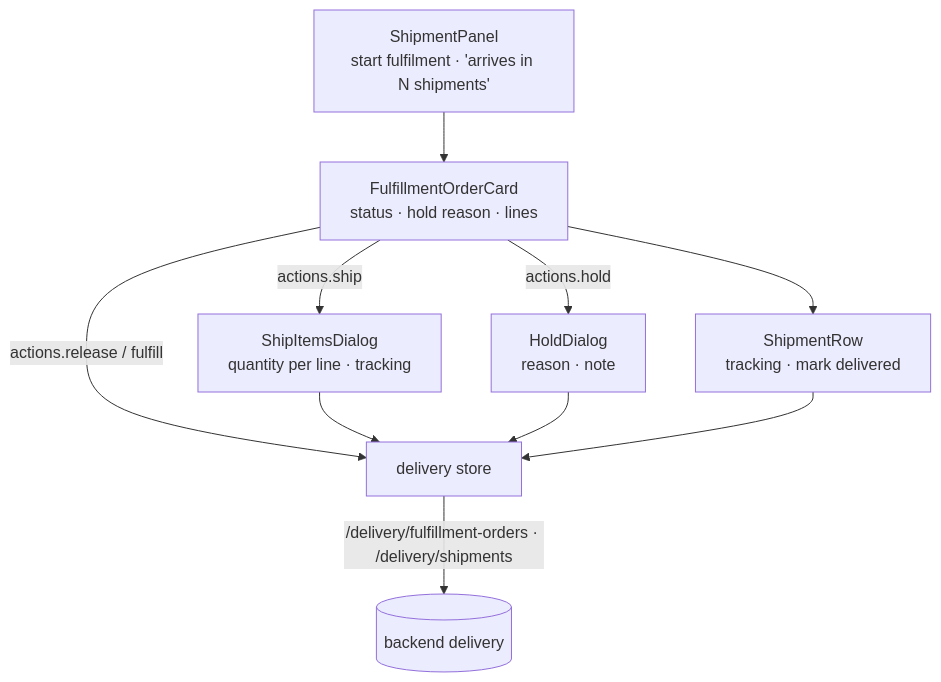
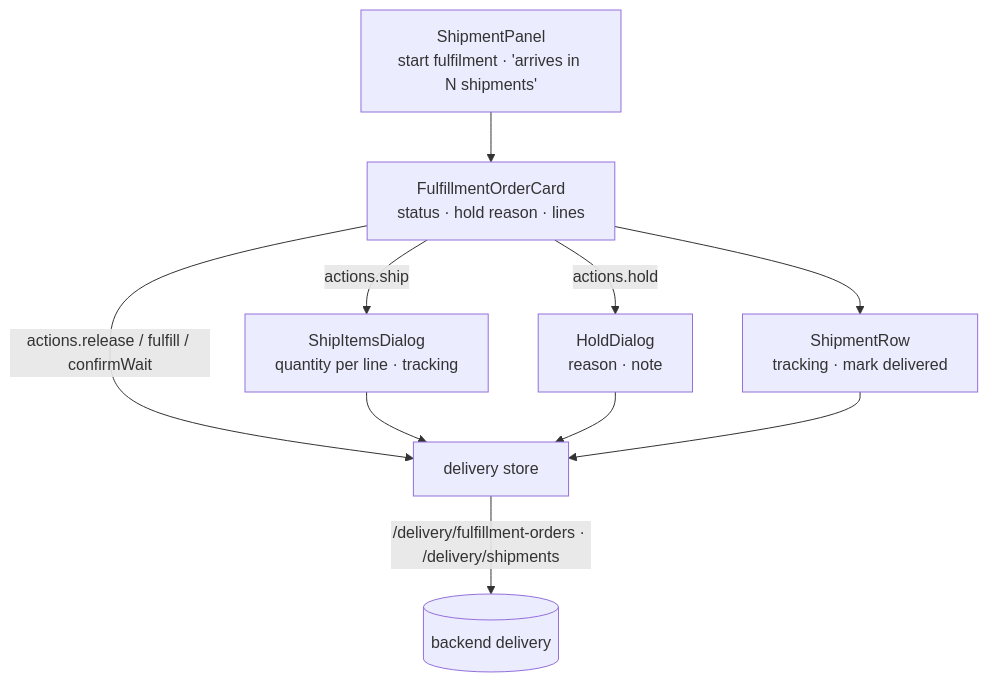
Before and after one commit to Guebbit/boilerplate-vue-frontend: the second of 3 diagrams in docs/modules/delivery.md, drawn with Mermaid. The commit also changed other lines of this file and 17 other files, not shown here.

````diff
--- a/docs/modules/delivery.md
+++ b/docs/modules/delivery.md
@@ -74,12 +74,12 @@
 ```mermaid
 flowchart TD
     panel["ShipmentPanel<br/>start fulfilment · 'arrives in N shipments'"] --> card["FulfillmentOrderCard<br/>status · hold reason · lines"]
     card --> row["ShipmentRow<br/>tracking · mark delivered"]
     card -- "actions.ship" --> ship["ShipItemsDialog<br/>quantity per line · tracking"]
     card -- "actions.hold" --> hold["HoldDialog<br/>reason · note"]
-    card -- "actions.release / fulfill" --> store
+    card -- "actions.release / fulfill / confirmWait" --> store
     ship --> store["delivery store"]
     hold --> store
     row --> store
     store -->|"/delivery/fulfillment-orders · /delivery/shipments"| api[("backend delivery")]
 ```
````
